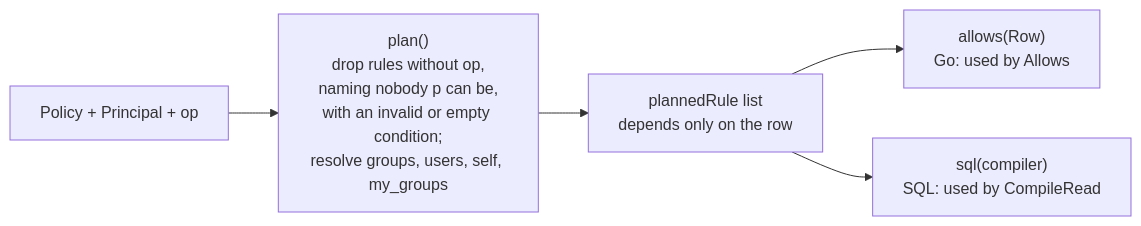
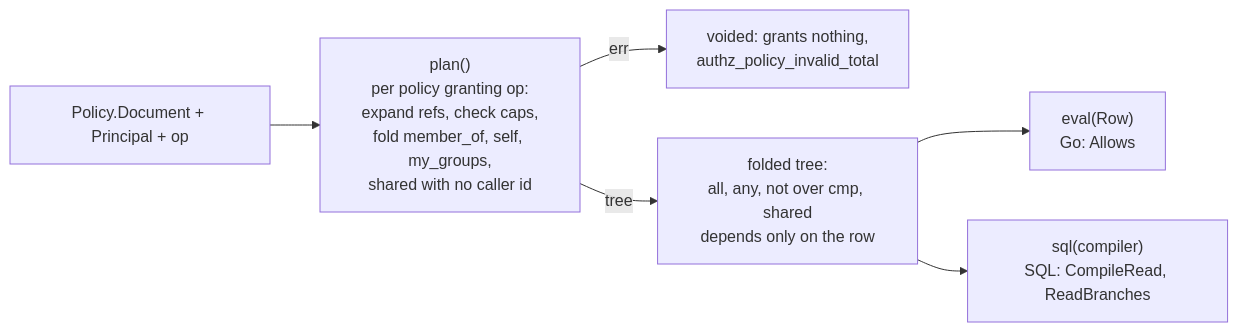
One commit to Navaladi2019/TicketingSystem changed the first of 2 diagrams in docs/architecture/record-acl.md. Above: the diagram before and after it, drawn with Mermaid. The commit also changed other lines of this file and 24 other files, not shown here.

First line of the commit message:
TICK-937: one planner for format-2 trees; Allows and CompileRead render the same tree

````diff
--- a/docs/architecture/record-acl.md
+++ b/docs/architecture/record-acl.md
@@ -29,7 +34,8 @@
 ```mermaid
 flowchart LR
-    P[Policy + Principal + op] --> PL["plan()<br/>drop rules without op,<br/>naming nobody p can be,<br/>with an invalid or empty condition;<br/>resolve groups, users, self, my_groups"]
-    PL --> PR[plannedRule list<br/>depends only on the row]
-    PR --> G["allows(Row)<br/>Go: used by Allows"]
-    PR --> S["sql(compiler)<br/>SQL: used by CompileRead"]
+    P[Policy.Document + Principal + op] --> PL["plan()<br/>per policy granting op:<br/>expand refs, check caps,<br/>fold member_of, self, my_groups,<br/>shared with no caller id"]
+    PL -->|err| V["voided: grants nothing,<br/>authz_policy_invalid_total"]
+    PL -->|tree| T[folded tree:<br/>all, any, not over cmp, shared<br/>depends only on the row]
+    T --> G["eval(Row)<br/>Go: Allows"]
+    T --> S["sql(compiler)<br/>SQL: CompileRead, ReadBranches"]
 ```
````
